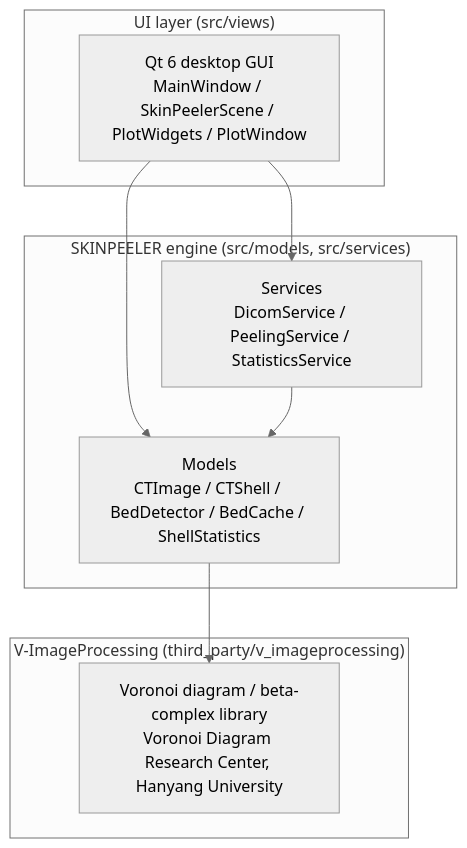
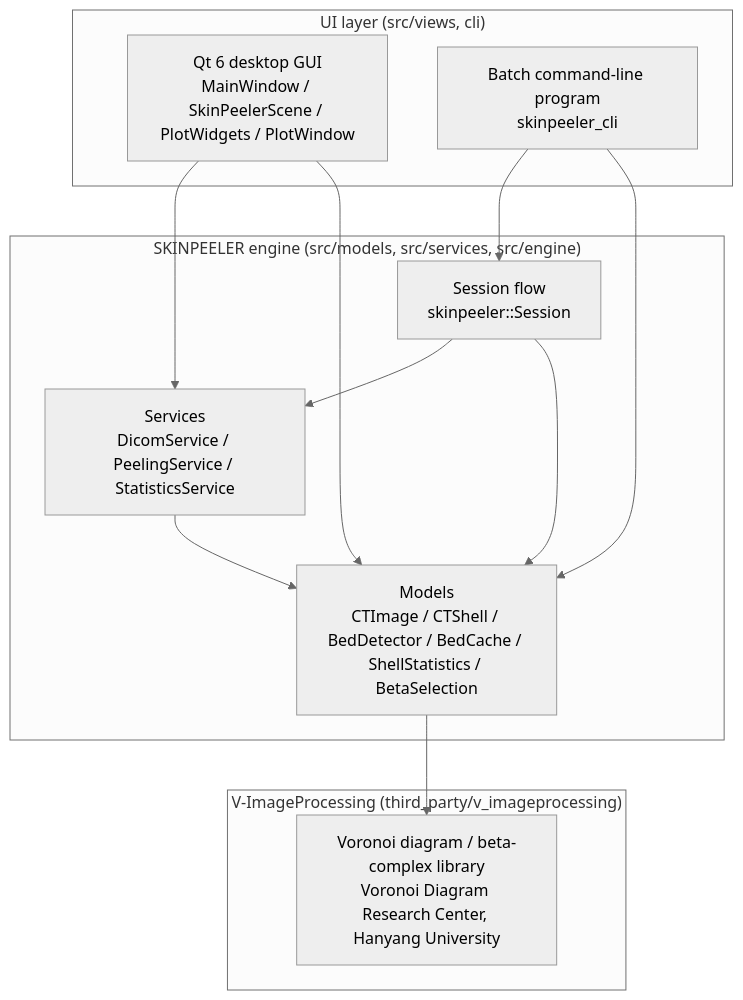
The diagram in docs/architecture.md (SKINPEELER-software/SKINPEELER), drawn with Mermaid (neutral theme) before and after one commit. The commit also changed other lines of this file and 4 other files, not shown here.

First line of the commit message:
Document skinpeeler_cli, beta selection, air-excluded masks, and the V-ImageProcessing bundle

````diff
--- a/docs/architecture.md
+++ b/docs/architecture.md
@@ -6,17 +6,23 @@
 ```mermaid
 flowchart TB
-    subgraph UI["UI layer (src/views)"]
+    subgraph UI["UI layer (src/views, cli)"]
         GUI["Qt 6 desktop GUI<br/>MainWindow / SkinPeelerScene / PlotWidgets / PlotWindow"]
+        CLI["Batch command-line program<br/>skinpeeler_cli"]
     end
-    subgraph ENGINE["SKINPEELER engine (src/models, src/services)"]
-        M["Models<br/>CTImage / CTShell / BedDetector / BedCache / ShellStatistics"]
+    subgraph ENGINE["SKINPEELER engine (src/models, src/services, src/engine)"]
+        SE["Session flow<br/>skinpeeler::Session"]
+        M["Models<br/>CTImage / CTShell / BedDetector / BedCache / ShellStatistics / BetaSelection"]
         S["Services<br/>DicomService / PeelingService / StatisticsService"]
     end
     subgraph LIB["V-ImageProcessing (third_party/v_imageprocessing)"]
         V["Voronoi diagram / beta-complex library<br/>Voronoi Diagram Research Center, Hanyang University"]
     end
     GUI --> S
     GUI --> M
+    CLI --> SE
+    CLI --> M
+    SE --> S
+    SE --> M
     S --> M
     M --> V
 ```
````
